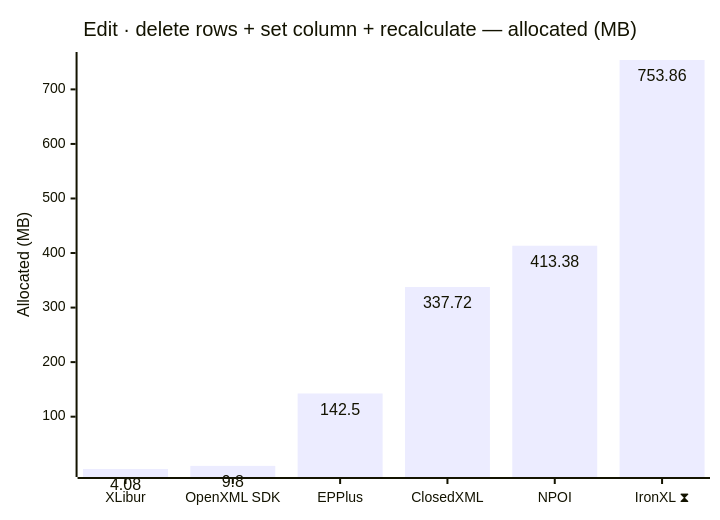
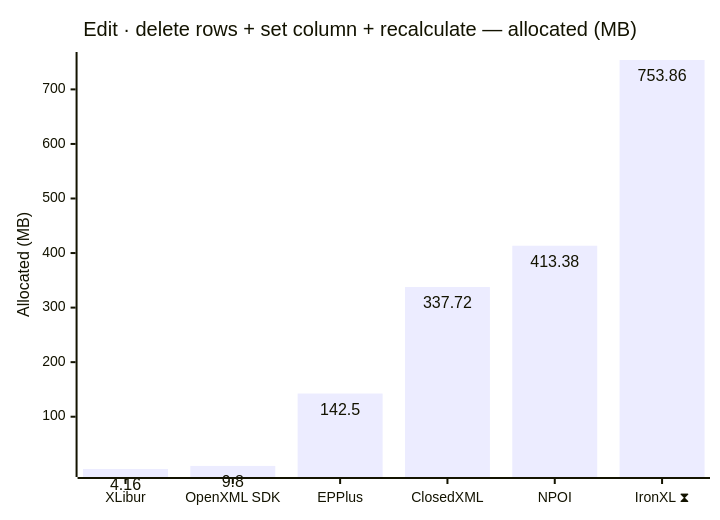
One commit to jafin/XLBench changed the tenth of 12 diagrams in docs/results-ci.md. Above: the diagram before and after it, drawn with Mermaid. The commit also changed other lines of this file, not shown here.

````diff
--- a/docs/results-ci.md
+++ b/docs/results-ci.md
@@ -158,12 +158,12 @@
 ```mermaid
 ---
 config:
   xyChart:
     showDataLabel: true
 ---
 xychart-beta
     title "Edit · delete rows + set column + recalculate — allocated (MB)"
     x-axis ["XLibur", "OpenXML SDK", "EPPlus", "ClosedXML", "NPOI", "IronXL ⧗"]
     y-axis "Allocated (MB)"
-    bar [4.08, 9.8, 142.5, 337.72, 413.38, 753.86]
+    bar [4.16, 9.8, 142.5, 337.72, 413.38, 753.86]
 ```
````
